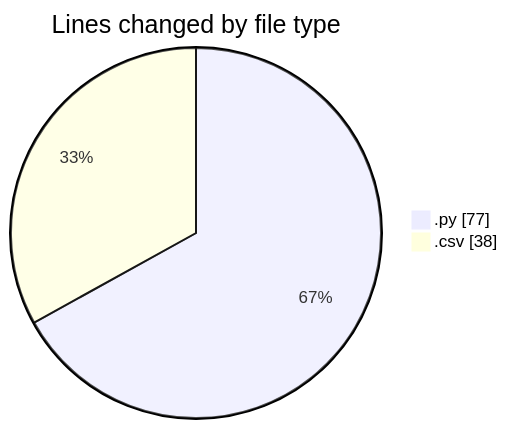
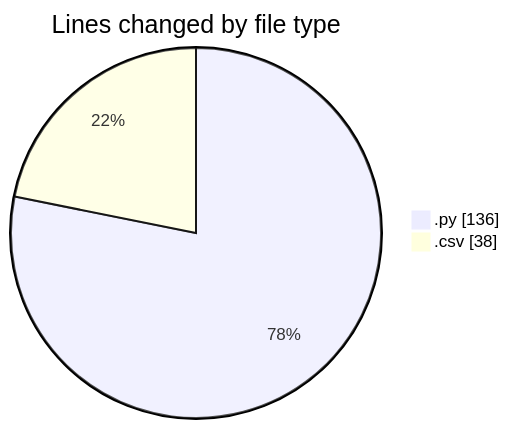
One commit to MatusMokan/code-tracking changed the first of 2 diagrams in 2025-04-11/myws__workspace_/README.md. Above: the diagram before and after it, drawn with Mermaid. The commit also changed other lines of this file and 1 other file, not shown here.

````diff
--- a/2025-04-11/myws__workspace_/README.md
+++ b/2025-04-11/myws__workspace_/README.md
@@ -21,6 +22,6 @@
 ```mermaid
 pie showData
 title Lines changed by file type
-".py" : 77
+".py" : 136
 ".csv" : 38
 ```
````
